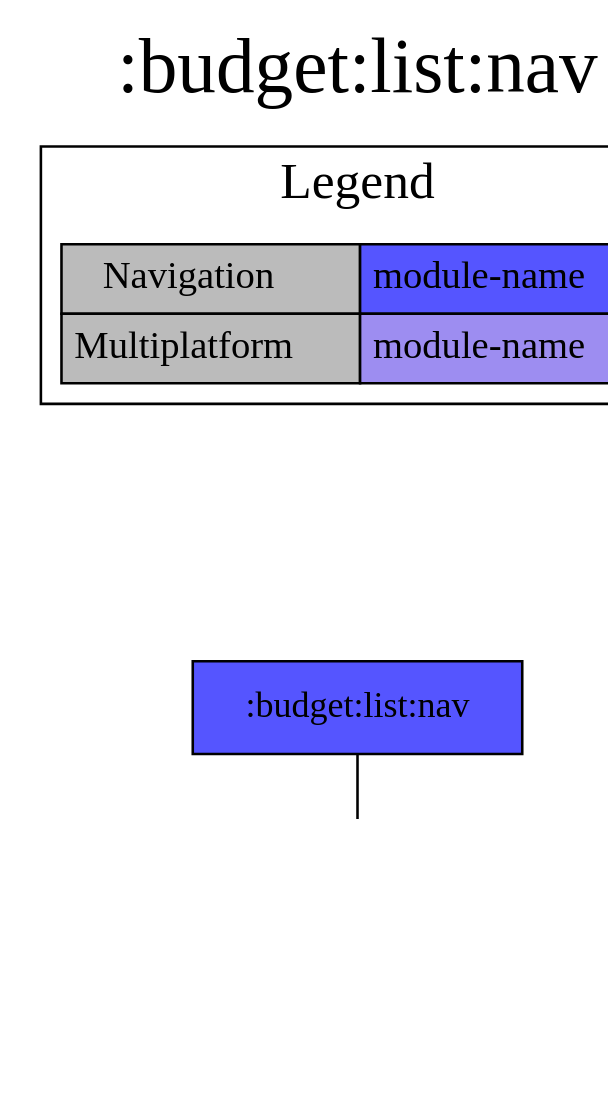
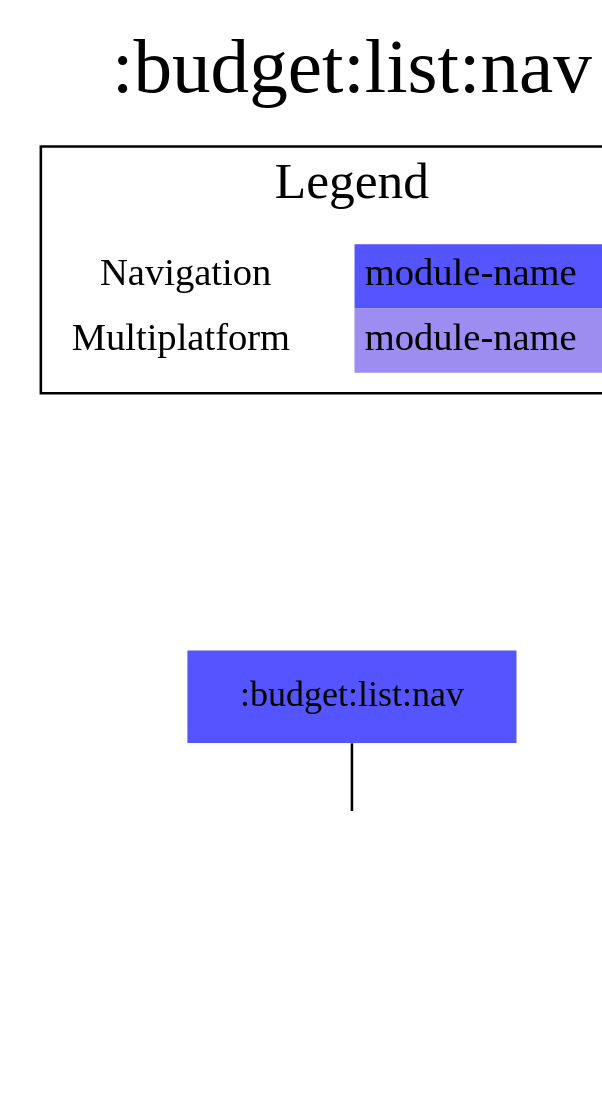
The diagram in modules/budget/list/nav/project-dependency-graph.dot (jonapoul/aktual), drawn with Graphviz before and after one commit. The commit also changed 117 other files, not shown here.

Commit message:
Reworked diagrams plugin a bit

```diff
--- a/modules/budget/list/nav/project-dependency-graph.dot
+++ b/modules/budget/list/nav/project-dependency-graph.dot
@@ -1,22 +1,22 @@
 digraph {
 edge ["dir"="forward"]
 graph ["dpi"="100","label"=":budget:list:nav","labelloc"="t","fontsize"="30","ranksep"="1.5","rankdir"="TB"]
 node ["style"="filled"]
-":account:model" ["fillcolor"="#9D8DF1","shape"="box"]
-":budget:list:nav" ["fillcolor"="#5555FF","shape"="box"]
+":budget:list:nav" ["fillcolor"="#5555FF","shape"="none"]
+":account:model" ["fillcolor"="#9D8DF1","shape"="none"]
 {
 edge ["dir"="none"]
 graph ["rank"="same"]
 }
 ":budget:list:nav" -> ":account:model"
 subgraph "cluster_legend" {
 edge ["dir"="none"]
 graph ["label"="Legend","fontsize"="20"]
-"Legend" ["style"="filled","fillcolor"="#bbbbbb","shape"="none","margin"="0","fontsize"="15","label"=<
-<TABLE BORDER="0" CELLBORDER="1" CELLSPACING="0" CELLPADDING="4">
+"Legend" ["style"="filled","fillcolor"="#FFFFFF","shape"="none","margin"="0","fontsize"="15","label"=<
+<TABLE BORDER="0" CELLBORDER="0" CELLSPACING="0" CELLPADDING="4">
 <TR><TD>Navigation</TD><TD BGCOLOR="#5555FF">module-name</TD></TR>
 <TR><TD>Multiplatform</TD><TD BGCOLOR="#9D8DF1">module-name</TD></TR>
 </TABLE>
 >]
 } -> ":budget:list:nav" ["style"="invis"]
 }
```
